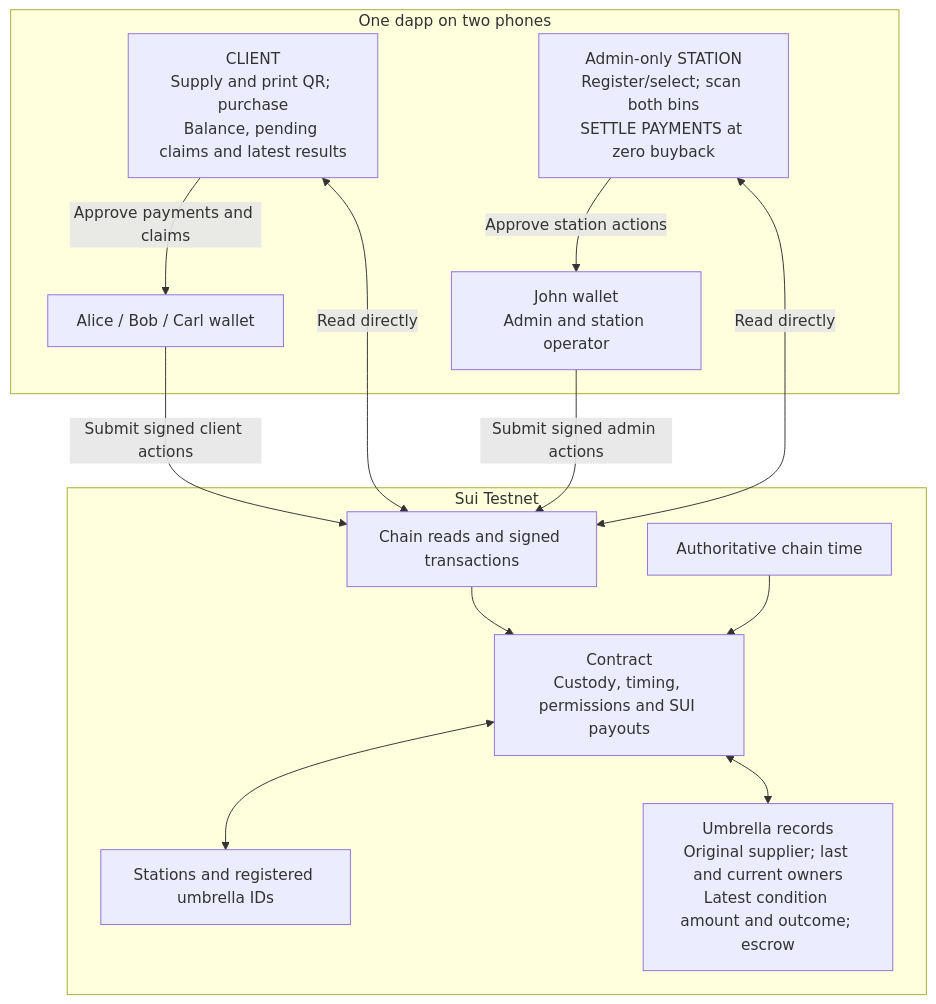
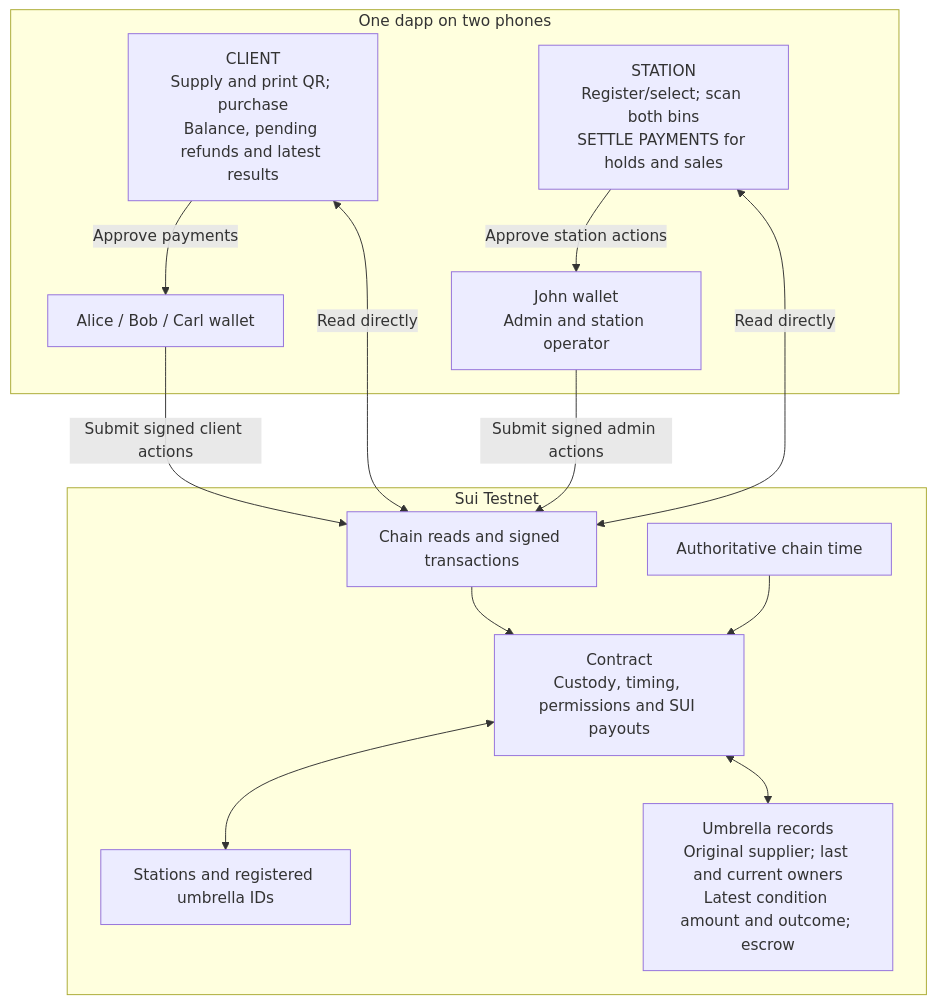
One commit to towa-hi/sui-kirisame changed the tenth of 10 diagrams in docs/project-flows.md. Above: the diagram before and after it, drawn with Mermaid. The commit also changed other lines of this file and 5 other files, not shown here.

````diff
--- a/docs/project-flows.md
+++ b/docs/project-flows.md
@@ -259,26 +263,26 @@
 ```mermaid
 flowchart TB
     subgraph Dapp["One dapp on two phones"]
-        Client["CLIENT<br/>Supply and print QR; purchase<br/>Balance, pending claims and latest results"]
+        Client["CLIENT<br/>Supply and print QR; purchase<br/>Balance, pending refunds and latest results"]
         Wallet["Alice / Bob / Carl wallet"]
-        Station["Admin-only STATION<br/>Register/select; scan both bins<br/>SETTLE PAYMENTS at zero buyback"]
+        Station["STATION<br/>Register/select; scan both bins<br/>SETTLE PAYMENTS for holds and sales"]
         Admin["John wallet<br/>Admin and station operator"]
-        Client -->|Approve payments and claims| Wallet
+        Client -->|Approve payments| Wallet
         Station -->|Approve station actions| Admin
     end
     subgraph Chain["Sui Testnet"]
         Access["Chain reads and signed transactions"]
         Contract["Contract<br/>Custody, timing, permissions and SUI payouts"]
         Registry["Stations and registered umbrella IDs"]
         Umbrella["Umbrella records<br/>Original supplier; last and current owners<br/>Latest condition amount and outcome; escrow"]
         Clock["Authoritative chain time"]
         Access --> Contract
         Contract <--> Registry
         Contract <--> Umbrella
         Clock --> Contract
     end
     Wallet -->|Submit signed client actions| Access
     Admin -->|Submit signed admin actions| Access
     Client <-->|Read directly| Access
     Station <-->|Read directly| Access
 ```
````
